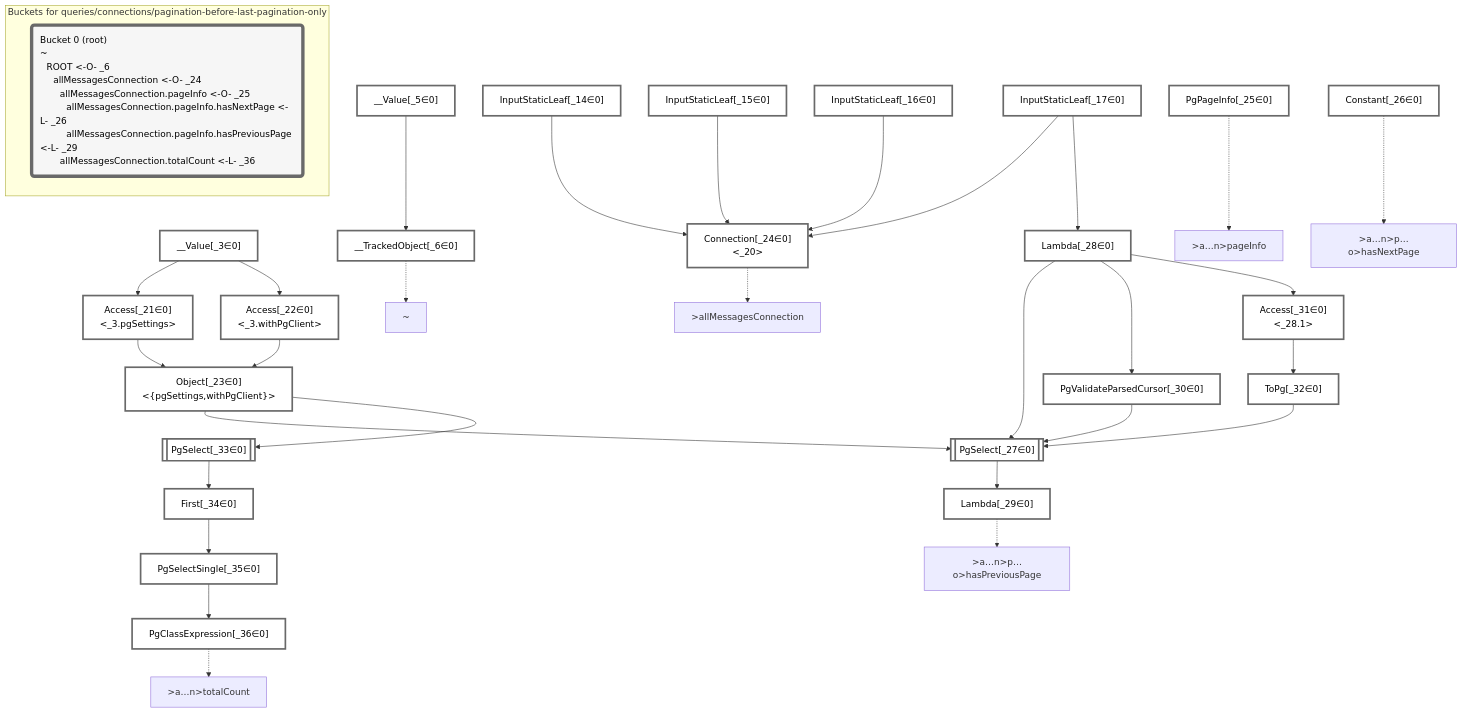
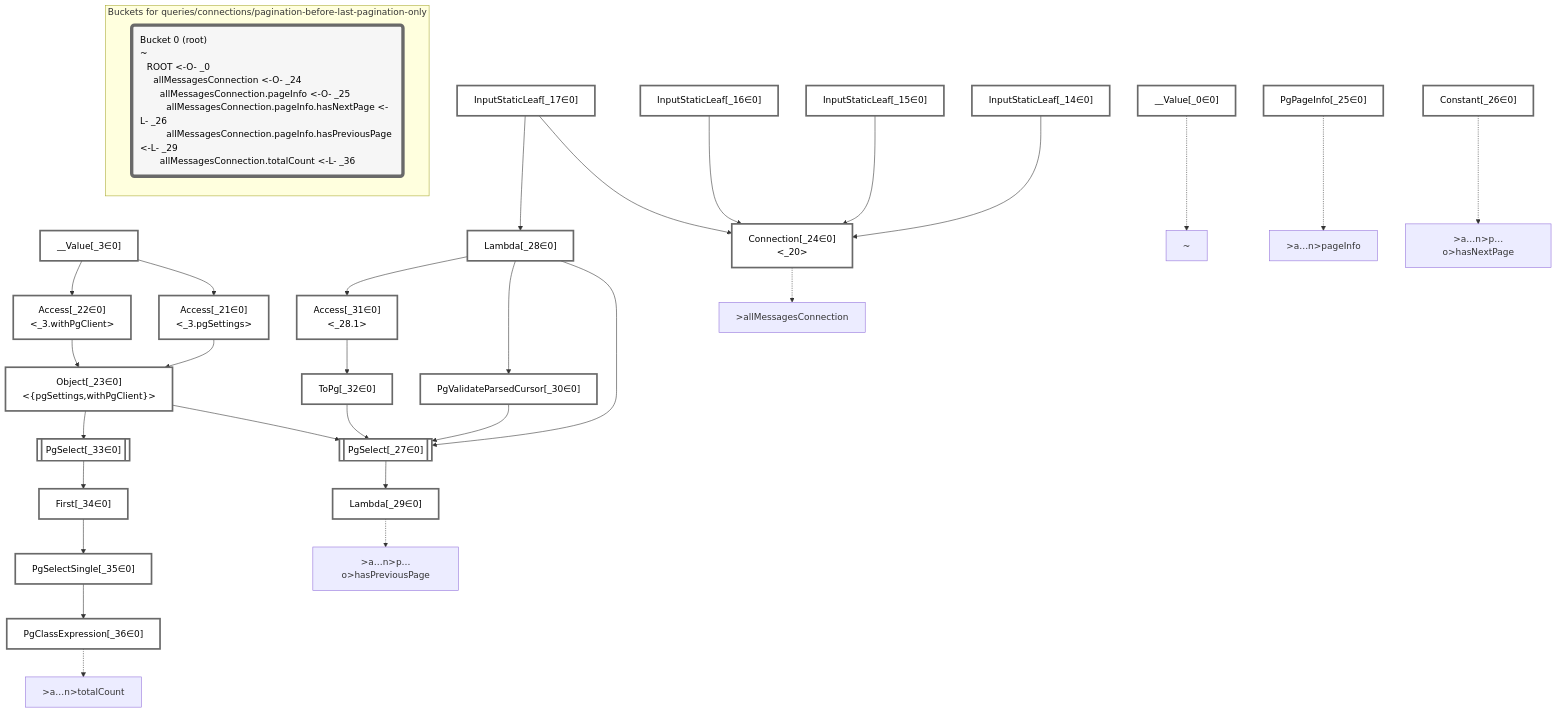
The diagram in packages/dataplan-pg/__tests__/queries/connections/pagination-before-last-pagination-only.deopt.mermaid.md (graphile/crystal), drawn with Mermaid before and after one commit. The commit also changed 1 other file, not shown here.

Commit message:
Updated plans for test

````diff
--- a/packages/dataplan-pg/__tests__/queries/connections/pagination-before-last-pagination-only.deopt.mermaid.md
+++ b/packages/dataplan-pg/__tests__/queries/connections/pagination-before-last-pagination-only.deopt.mermaid.md
@@ -1,81 +1,79 @@
 ```mermaid
 graph TD
     classDef path fill:#eee,stroke:#000,color:#000
     classDef plan fill:#fff,stroke-width:3px,color:#000
     classDef itemplan fill:#fff,stroke-width:6px,color:#000
     classDef sideeffectplan fill:#f00,stroke-width:6px,color:#000
     classDef bucket fill:#f6f6f6,color:#000,stroke-width:6px,text-align:left
 
 
     %% define plans
+    __Value_0["__Value[_0∈0]"]:::plan
     __Value_3["__Value[_3∈0]<br /><context>"]:::plan
-    __Value_5["__Value[_5∈0]<br /><rootValue>"]:::plan
-    __TrackedObject_6["__TrackedObject[_6∈0]"]:::plan
     InputStaticLeaf_14["InputStaticLeaf[_14∈0]"]:::plan
     InputStaticLeaf_15["InputStaticLeaf[_15∈0]"]:::plan
     InputStaticLeaf_16["InputStaticLeaf[_16∈0]"]:::plan
     InputStaticLeaf_17["InputStaticLeaf[_17∈0]"]:::plan
     Access_21["Access[_21∈0]<br /><_3.pgSettings>"]:::plan
     Access_22["Access[_22∈0]<br /><_3.withPgClient>"]:::plan
     Object_23["Object[_23∈0]<br /><{pgSettings,withPgClient}>"]:::plan
     Connection_24["Connection[_24∈0]<br /><_20>"]:::plan
     PgPageInfo_25["PgPageInfo[_25∈0]"]:::plan
     Constant_26["Constant[_26∈0]"]:::plan
     PgSelect_27[["PgSelect[_27∈0]<br /><messages>"]]:::plan
     Lambda_28["Lambda[_28∈0]<br /><parseCursor>"]:::plan
     Lambda_29["Lambda[_29∈0]<br /><listHasMore>"]:::plan
     PgValidateParsedCursor_30["PgValidateParsedCursor[_30∈0]"]:::plan
     Access_31["Access[_31∈0]<br /><_28.1>"]:::plan
     ToPg_32["ToPg[_32∈0]"]:::plan
     PgSelect_33[["PgSelect[_33∈0]<br /><messages>"]]:::plan
     First_34["First[_34∈0]"]:::plan
     PgSelectSingle_35["PgSelectSingle[_35∈0]<br /><messages>"]:::plan
     PgClassExpression_36["PgClassExpression[_36∈0]<br /><count(*)>"]:::plan
 
     %% plan dependencies
-    __Value_5 --> __TrackedObject_6
     __Value_3 --> Access_21
     __Value_3 --> Access_22
     Access_21 --> Object_23
     Access_22 --> Object_23
     InputStaticLeaf_14 --> Connection_24
     InputStaticLeaf_15 --> Connection_24
     InputStaticLeaf_16 --> Connection_24
     InputStaticLeaf_17 --> Connection_24
     Object_23 --> PgSelect_27
     Lambda_28 --> PgSelect_27
     PgValidateParsedCursor_30 --> PgSelect_27
     ToPg_32 --> PgSelect_27
     InputStaticLeaf_17 --> Lambda_28
     PgSelect_27 --> Lambda_29
     Lambda_28 --> PgValidateParsedCursor_30
     Lambda_28 --> Access_31
     Access_31 --> ToPg_32
     Object_23 --> PgSelect_33
     PgSelect_33 --> First_34
     First_34 --> PgSelectSingle_35
     PgSelectSingle_35 --> PgClassExpression_36
 
     %% plan-to-path relationships
-    P_6["~"]
-    __TrackedObject_6 -.-> P_6
+    P_0["~"]
+    __Value_0 -.-> P_0
     P_24[">allMessagesConnection"]
     Connection_24 -.-> P_24
     P_25[">a…n>pageInfo"]
     PgPageInfo_25 -.-> P_25
     P_26[">a…n>p…o>hasNextPage"]
     Constant_26 -.-> P_26
     P_29[">a…n>p…o>hasPreviousPage"]
     Lambda_29 -.-> P_29
     P_36[">a…n>totalCount"]
     PgClassExpression_36 -.-> P_36
 
     %% allocate buckets
     classDef bucket0 stroke:#696969
-    class __Value_3,__Value_5,__TrackedObject_6,InputStaticLeaf_14,InputStaticLeaf_15,InputStaticLeaf_16,InputStaticLeaf_17,Access_21,Access_22,Object_23,Connection_24,PgPageInfo_25,Constant_26,PgSelect_27,Lambda_28,Lambda_29,PgValidateParsedCursor_30,Access_31,ToPg_32,PgSelect_33,First_34,PgSelectSingle_35,PgClassExpression_36 bucket0
+    class __Value_0,__Value_3,InputStaticLeaf_14,InputStaticLeaf_15,InputStaticLeaf_16,InputStaticLeaf_17,Access_21,Access_22,Object_23,Connection_24,PgPageInfo_25,Constant_26,PgSelect_27,Lambda_28,Lambda_29,PgValidateParsedCursor_30,Access_31,ToPg_32,PgSelect_33,First_34,PgSelectSingle_35,PgClassExpression_36 bucket0
 
     subgraph "Buckets for queries/connections/pagination-before-last-pagination-only"
-    Bucket0("Bucket 0 (root)<br />~<br />⠀ROOT <-O- _6<br />⠀⠀allMessagesConnection <-O- _24<br />⠀⠀⠀allMessagesConnection.pageInfo <-O- _25<br />⠀⠀⠀⠀allMessagesConnection.pageInfo.hasNextPage <-L- _26<br />⠀⠀⠀⠀allMessagesConnection.pageInfo.hasPreviousPage <-L- _29<br />⠀⠀⠀allMessagesConnection.totalCount <-L- _36"):::bucket
+    Bucket0("Bucket 0 (root)<br />~<br />⠀ROOT <-O- _0<br />⠀⠀allMessagesConnection <-O- _24<br />⠀⠀⠀allMessagesConnection.pageInfo <-O- _25<br />⠀⠀⠀⠀allMessagesConnection.pageInfo.hasNextPage <-L- _26<br />⠀⠀⠀⠀allMessagesConnection.pageInfo.hasPreviousPage <-L- _29<br />⠀⠀⠀allMessagesConnection.totalCount <-L- _36"):::bucket
     style Bucket0 stroke:#696969
     end
 ```
````
